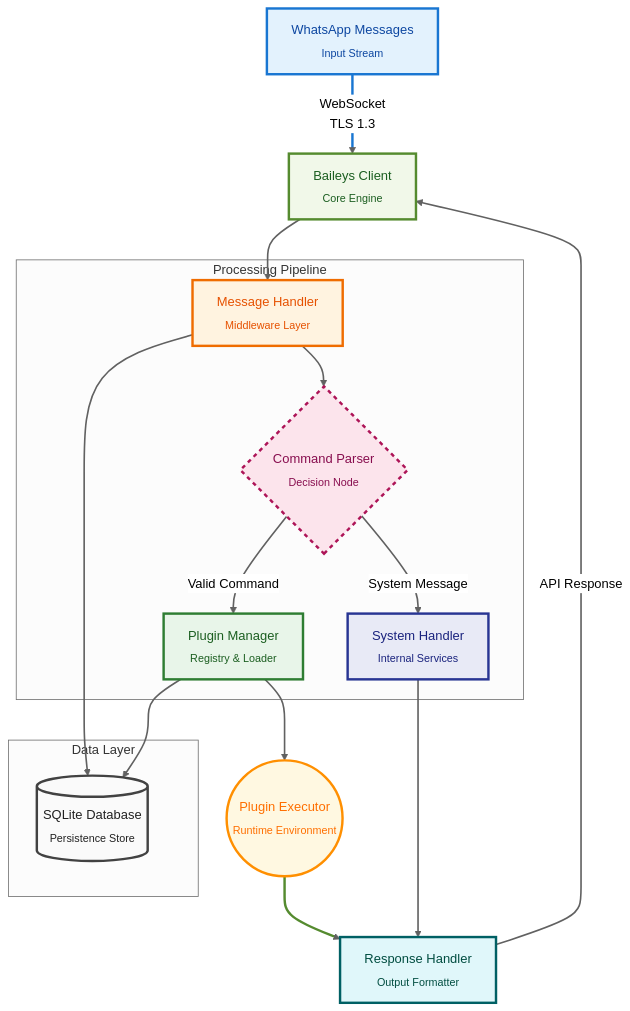
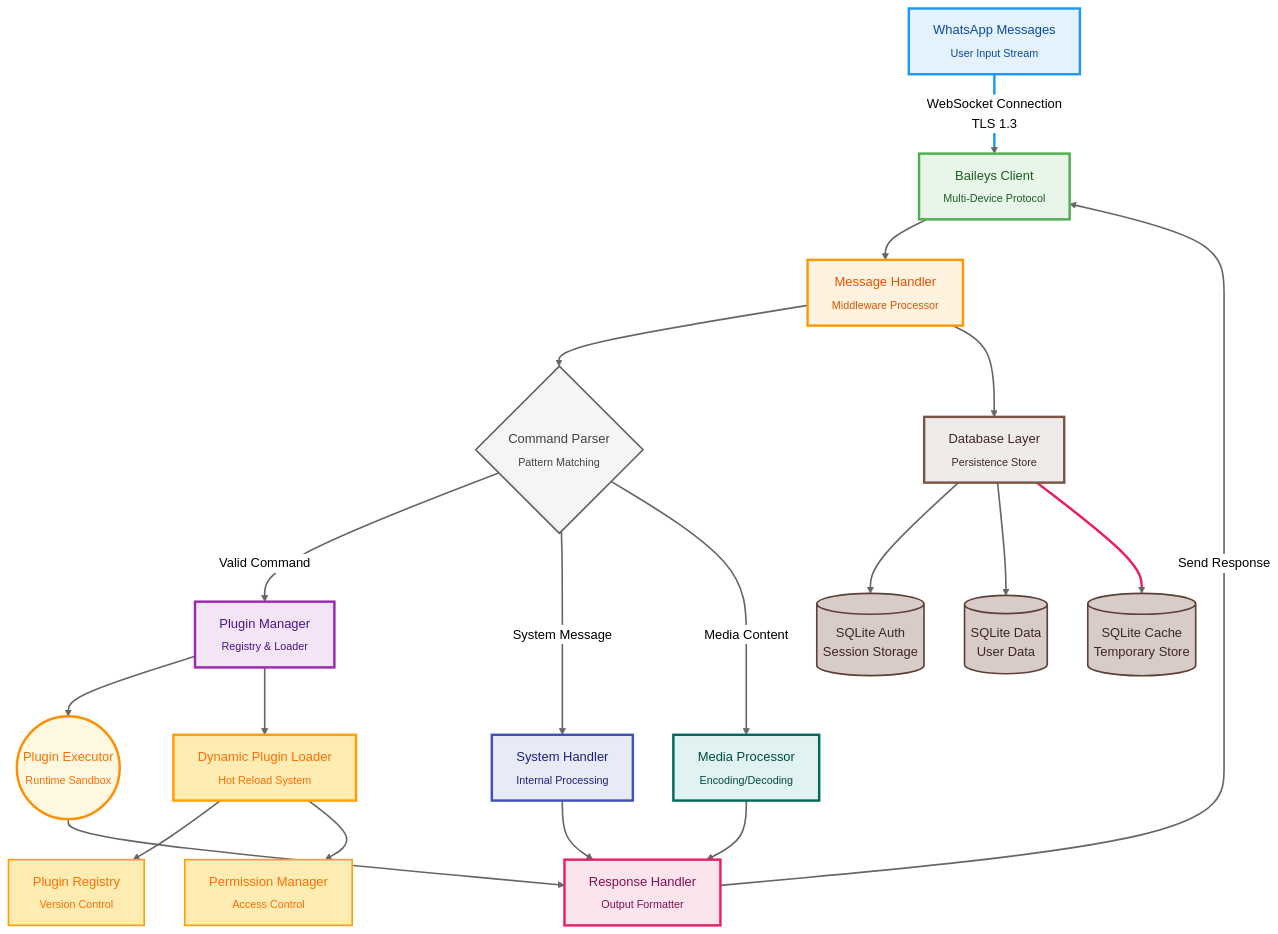
The first of 2 diagrams in README.md (naruyaizumi/liora), drawn with Mermaid (neutral theme) before and after one commit. The commit also changed other lines of this file, not shown here.

````diff
--- a/README.md
+++ b/README.md
@@ -41,39 +43,46 @@
 ```mermaid
 graph TD
-    A[WhatsApp Messages<br/><sub>Input Stream</sub>] -->|WebSocket<br/>TLS 1.3| B[Baileys Client<br/><sub>Core Engine</sub>]
+    A[WhatsApp Messages<br/><sub>User Input Stream</sub>] -->|WebSocket Connection<br/>TLS 1.3| B[Baileys Client<br/><sub>Multi-Device Protocol</sub>]
+    B --> C[Message Handler<br/><sub>Middleware Processor</sub>]
+    C --> D{Command Parser<br/><sub>Pattern Matching</sub>}
+    D -->|Valid Command| E[Plugin Manager<br/><sub>Registry & Loader</sub>]
+    D -->|System Message| F[System Handler<br/><sub>Internal Processing</sub>]
+    D -->|Media Content| G[Media Processor<br/><sub>Encoding/Decoding</sub>]
     
-    B --> C[Message Handler<br/><sub>Middleware Layer</sub>]
+    E --> H((Plugin Executor<br/><sub>Runtime Sandbox</sub>))
+    H --> I[Response Handler<br/><sub>Output Formatter</sub>]
+    F --> I
+    G --> I
     
-    subgraph "Processing Pipeline"
-        C --> D{Command Parser<br/><sub>Decision Node</sub>}
-        D -->|Valid Command| E[Plugin Manager<br/><sub>Registry & Loader</sub>]
-        D -->|System Message| F[System Handler<br/><sub>Internal Services</sub>]
-    end
+    C --> J[Database Layer<br/><sub>Persistence Store</sub>]
+    J --> K[(SQLite Auth<br/>Session Storage)]
+    J --> L[(SQLite Data<br/>User Data)]
+    J --> M[(SQLite Cache<br/>Temporary Store)]
     
-    E --> G((Plugin Executor<br/><sub>Runtime Environment</sub>))
+    E --> N[Dynamic Plugin Loader<br/><sub>Hot Reload System</sub>]
+    N --> O[Plugin Registry<br/><sub>Version Control</sub>]
+    N --> P[Permission Manager<br/><sub>Access Control</sub>]
     
-    subgraph "Data Layer"
-        H[(SQLite Database<br/><sub>Persistence Store</sub>)]
-    end
+    I -->|Send Response| B
     
-    G --> I[Response Handler<br/><sub>Output Formatter</sub>]
-    F --> I
-    C --> H
-    E --> H
+    style A fill:#e3f2fd,stroke:#2196f3,stroke-width:3px,color:#0d47a1
+    style B fill:#e8f5e9,stroke:#4caf50,stroke-width:3px,color:#1b5e20
+    style C fill:#fff3e0,stroke:#ff9800,stroke-width:3px,color:#e65100
+    style D fill:#f5f5f5,stroke:#616161,stroke-width:2px,color:#424242
+    style E fill:#f3e5f5,stroke:#9c27b0,stroke-width:3px,color:#4a148c
+    style F fill:#e8eaf6,stroke:#3f51b5,stroke-width:3px,color:#1a237e
+    style G fill:#e0f2f1,stroke:#00695c,stroke-width:3px,color:#004d40
+    style H fill:#fff8e1,stroke:#ff8f00,stroke-width:3px,color:#ff6f00
+    style I fill:#fce4ec,stroke:#e91e63,stroke-width:3px,color:#880e4f
+    style J fill:#efebe9,stroke:#795548,stroke-width:3px,color:#3e2723
+    style K fill:#d7ccc8,stroke:#5d4037,stroke-width:2px,color:#3e2723
+    style L fill:#d7ccc8,stroke:#5d4037,stroke-width:2px,color:#3e2723
+    style M fill:#d7ccc8,stroke:#5d4037,stroke-width:2px,color:#3e2723
+    style N fill:#ffecb3,stroke:#ffa000,stroke-width:3px,color:#ff6f00
+    style O fill:#ffecb3,stroke:#ffa000,stroke-width:2px,color:#ff6f00
+    style P fill:#ffecb3,stroke:#ffa000,stroke-width:2px,color:#ff6f00
     
-    I -->|API Response| B
-    
-    style A fill:#e3f2fd,stroke:#1976d2,stroke-width:3px,color:#0d47a1
-    style B fill:#f1f8e9,stroke:#558b2f,stroke-width:3px,color:#1b5e20
-    style C fill:#fff3e0,stroke:#ef6c00,stroke-width:3px,color:#e65100
-    style D fill:#fce4ec,stroke:#ad1457,stroke-width:3px,color:#880e4f,stroke-dasharray: 5 5
-    style E fill:#e8f5e9,stroke:#2e7d32,stroke-width:3px,color:#1b5e20
-    style F fill:#e8eaf6,stroke:#283593,stroke-width:3px,color:#1a237e
-    style G fill:#fff8e1,stroke:#ff8f00,stroke-width:3px,color:#ff6f00
-    style H cylinder,fill:#fafafa,stroke:#424242,stroke-width:3px,color:#212121
-    style I fill:#e0f7fa,stroke:#006064,stroke-width:3px,color:#004d40
-    
-    linkStyle default stroke:#616161,stroke-width:2px
-    linkStyle 0 stroke:#1976d2,stroke-width:3px
-    linkStyle 6 stroke:#558b2f,stroke-width:3px
+    linkStyle default stroke:#666,stroke-width:2px
+    linkStyle 0 stroke:#2196f3,stroke-width:3px
+    linkStyle 13 stroke:#e91e63,stroke-width:3px
 ```
````
